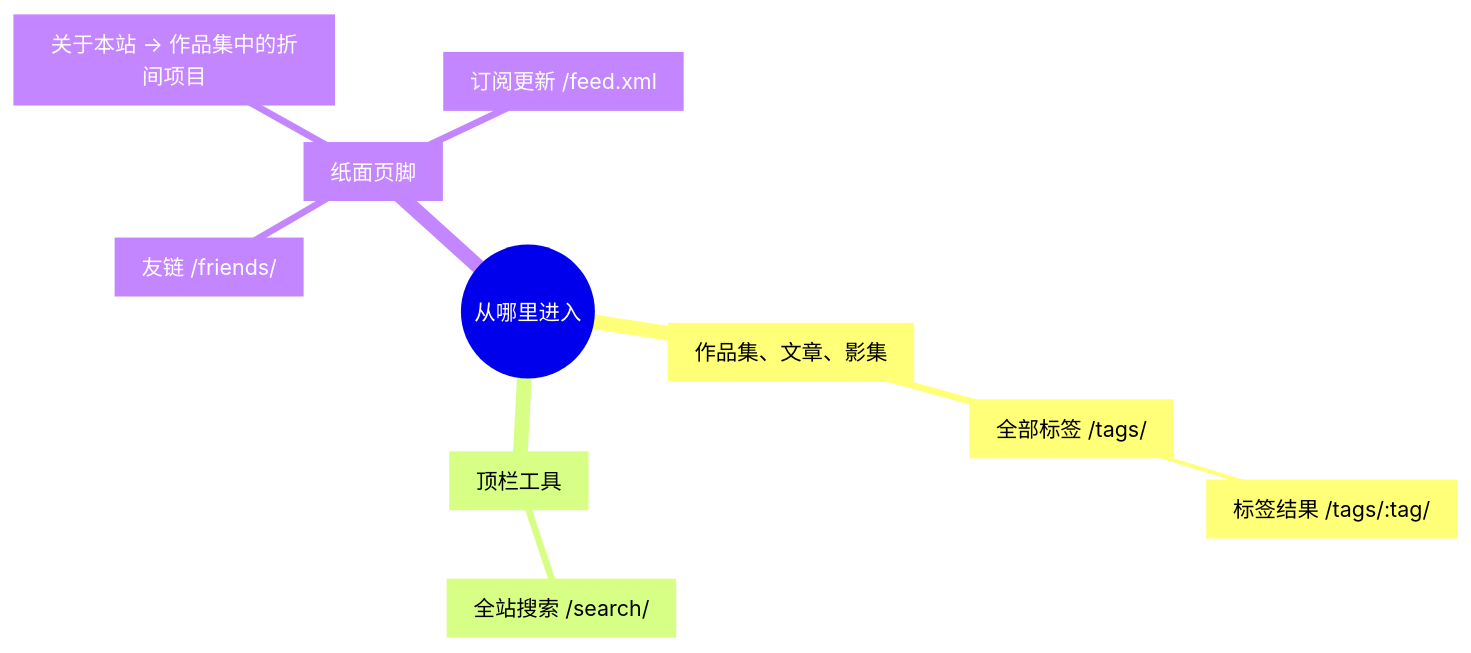
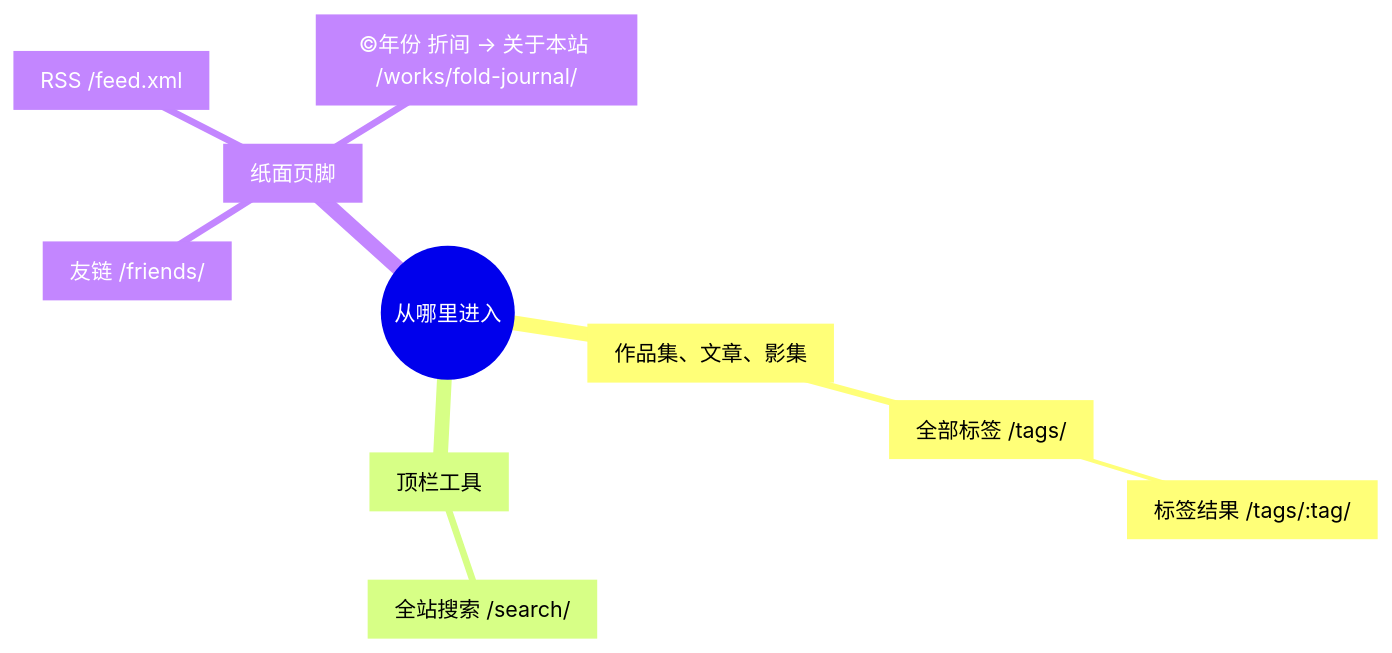
Before and after one commit to 155TuT/origami-page: the second of 2 diagrams in docs/page-map.md, drawn with Mermaid. The commit also changed other lines of this file and 4 other files, not shown here.

````diff
--- a/docs/page-map.md
+++ b/docs/page-map.md
@@ -36,13 +36,13 @@
 ```mermaid
 mindmap
   entrances((从哪里进入))
     content["作品集、文章、影集"]
       tags["全部标签 /tags/"]
         tag["标签结果 /tags/:tag/"]
     toolbar["顶栏工具"]
       search["全站搜索 /search/"]
     footer["纸面页脚"]
       friends["友链 /friends/"]
-      site["关于本站 → 作品集中的折间项目"]
-      feed["订阅更新 /feed.xml"]
+      feed["RSS /feed.xml"]
+      site["©年份 折间 → 关于本站 /works/fold-journal/"]
 ```
````
